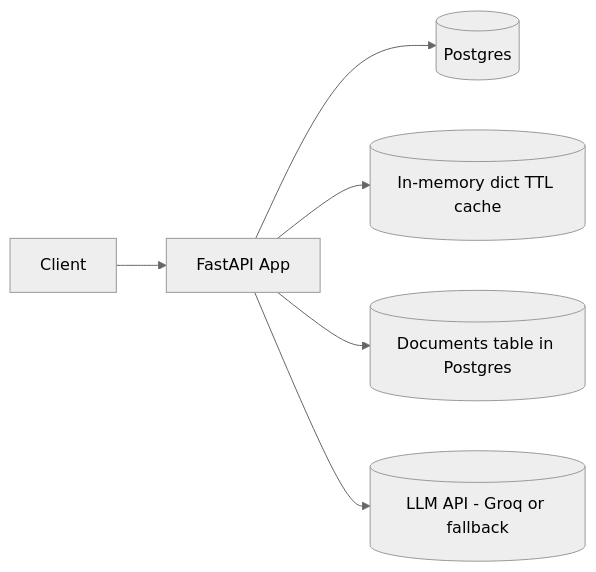
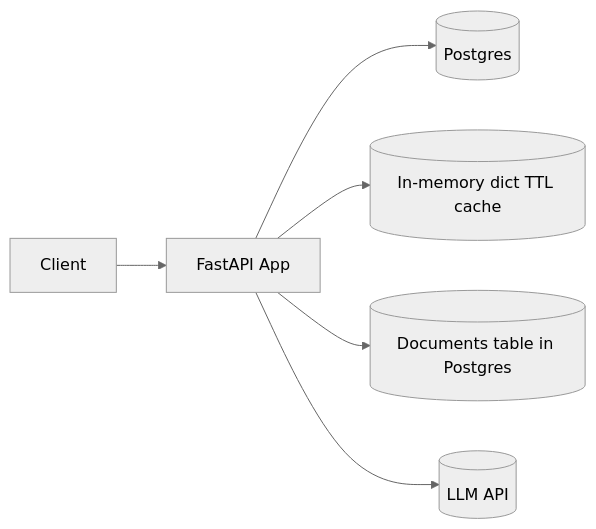
One commit to Rishabh1106/test-repo changed the first of 4 diagrams in README.md. Above: the diagram before and after it, drawn with Mermaid (neutral theme). The commit also changed other lines of this file, not shown here.

First line of the commit message:
Revise README for project title and API details

````diff
--- a/README.md
+++ b/README.md
@@ -27,8 +34,8 @@
 ```mermaid
 flowchart LR
-  Client --> API[FastAPI App]
-  API --> DB[(Postgres)]
-  API --> Cache[(In-memory dict TTL cache)]
-  API --> DOC[(Documents table in Postgres)]
-  API --> LLM[(LLM API - Groq or fallback)]
+  A[Client] --> C[FastAPI App]
+  C --> D[(Postgres)]
+  C --> E[(In-memory dict TTL cache)]
+  C --> DOC[(Documents table in Postgres)]
+  C --> G[(LLM API)]
 ```
````
